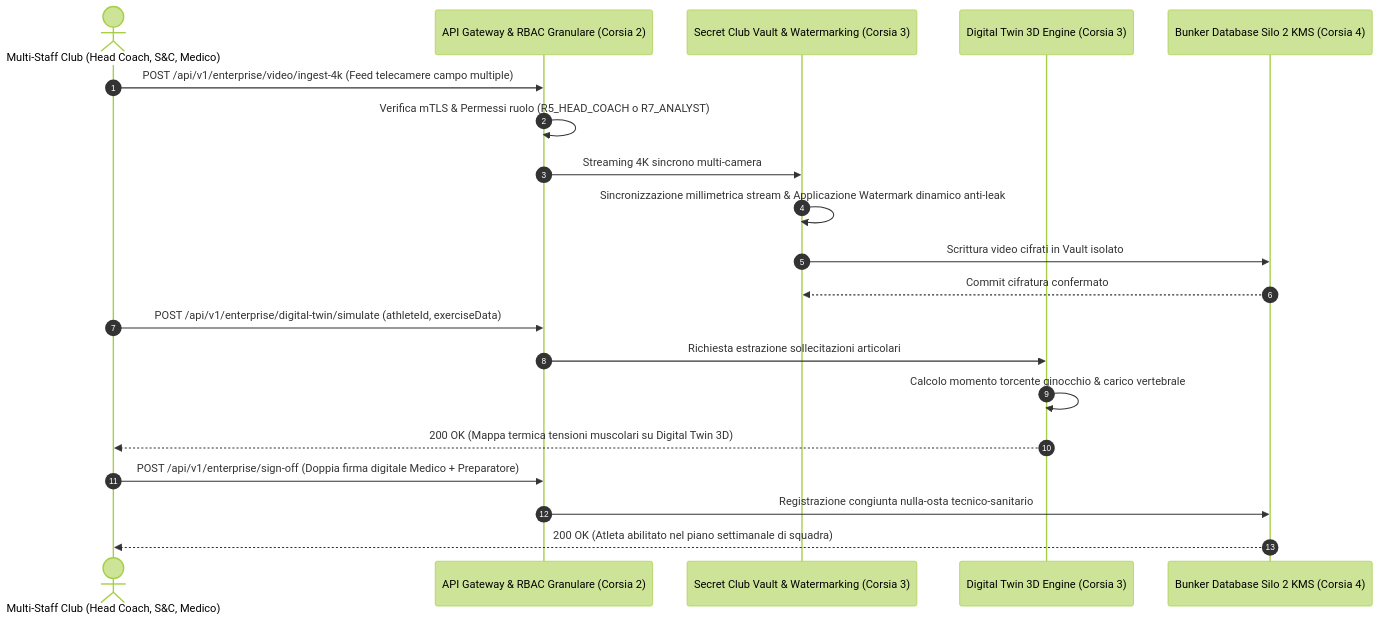
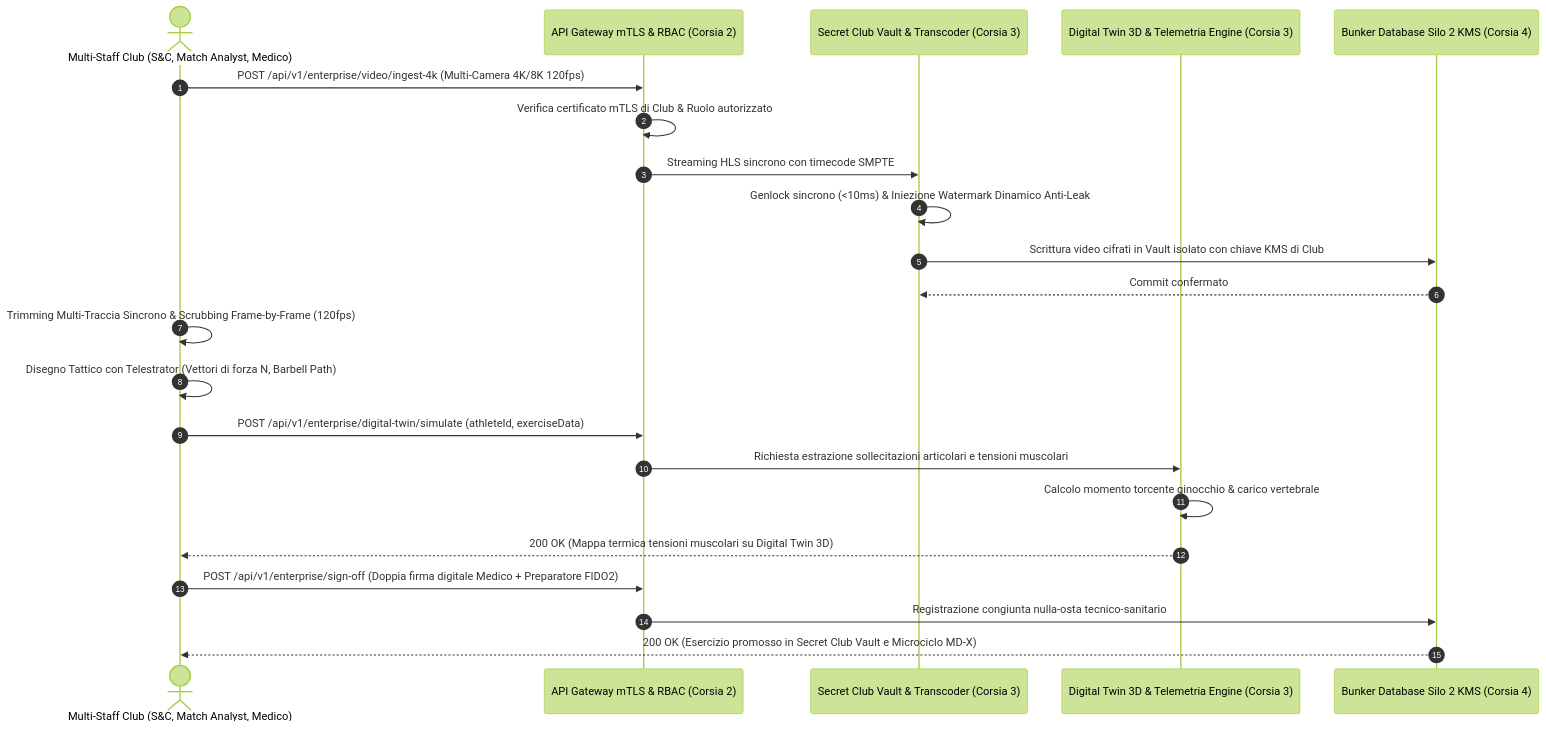
Before and after one commit to sportscience2025-star/Sports-Analytics-Platform---T7-Workout-APP: the diagram in architecture-blueprint/00-capitolato-tecnico-e-glossario/14-software-3-flow-2c-multi-staff-cockpit.md, drawn with Mermaid (forest theme). The commit also changed other lines of this file and 8 other files, not shown here.

````diff
--- a/architecture-blueprint/00-capitolato-tecnico-e-glossario/14-software-3-flow-2c-multi-staff-cockpit.md
+++ b/architecture-blueprint/00-capitolato-tecnico-e-glossario/14-software-3-flow-2c-multi-staff-cockpit.md
@@ -48,25 +62,28 @@
 ```mermaid
 sequenceDiagram
     autonumber
-    actor Staff as Multi-Staff Club (Head Coach, S&C, Medico)
-    participant GW as API Gateway & RBAC Granulare (Corsia 2)
-    participant VAULT as Secret Club Vault & Watermarking (Corsia 3)
-    participant SIM as Digital Twin 3D Engine (Corsia 3)
+    actor Staff as Multi-Staff Club (S&C, Match Analyst, Medico)
+    participant GW as API Gateway mTLS & RBAC (Corsia 2)
+    participant VAULT as Secret Club Vault & Transcoder (Corsia 3)
+    participant SIM as Digital Twin 3D & Telemetria Engine (Corsia 3)
     participant SILO2 as Bunker Database Silo 2 KMS (Corsia 4)
 
-    Staff->>GW: POST /api/v1/enterprise/video/ingest-4k (Feed telecamere campo multiple)
-    GW->>GW: Verifica mTLS & Permessi ruolo (R5_HEAD_COACH o R7_ANALYST)
-    GW->>VAULT: Streaming 4K sincrono multi-camera
-    VAULT->>VAULT: Sincronizzazione millimetrica stream & Applicazione Watermark dinamico anti-leak
-    VAULT->>SILO2: Scrittura video cifrati in Vault isolato
-    SILO2-->>VAULT: Commit cifratura confermato
-
+    Staff->>GW: POST /api/v1/enterprise/video/ingest-4k (Multi-Camera 4K/8K 120fps)
+    GW->>GW: Verifica certificato mTLS di Club & Ruolo autorizzato
+    GW->>VAULT: Streaming HLS sincrono con timecode SMPTE
+    VAULT->>VAULT: Genlock sincrono (<10ms) & Iniezione Watermark Dinamico Anti-Leak
+    VAULT->>SILO2: Scrittura video cifrati in Vault isolato con chiave KMS di Club
+    SILO2-->>VAULT: Commit confermato
+    
+    Staff->>Staff: Trimming Multi-Traccia Sincrono & Scrubbing Frame-by-Frame (120fps)
+    Staff->>Staff: Disegno Tattico con Telestrator (Vettori di forza N, Barbell Path)
+    
     Staff->>GW: POST /api/v1/enterprise/digital-twin/simulate (athleteId, exerciseData)
-    GW->>SIM: Richiesta estrazione sollecitazioni articolari
+    GW->>SIM: Richiesta estrazione sollecitazioni articolari e tensioni muscolari
     SIM->>SIM: Calcolo momento torcente ginocchio & carico vertebrale
     SIM-->>Staff: 200 OK (Mappa termica tensioni muscolari su Digital Twin 3D)
-
-    Staff->>GW: POST /api/v1/enterprise/sign-off (Doppia firma digitale Medico + Preparatore)
+    
+    Staff->>GW: POST /api/v1/enterprise/sign-off (Doppia firma digitale Medico + Preparatore FIDO2)
     GW->>SILO2: Registrazione congiunta nulla-osta tecnico-sanitario
-    SILO2-->>Staff: 200 OK (Atleta abilitato nel piano settimanale di squadra)
+    SILO2-->>Staff: 200 OK (Esercizio promosso in Secret Club Vault e Microciclo MD-X)
 ```
````
